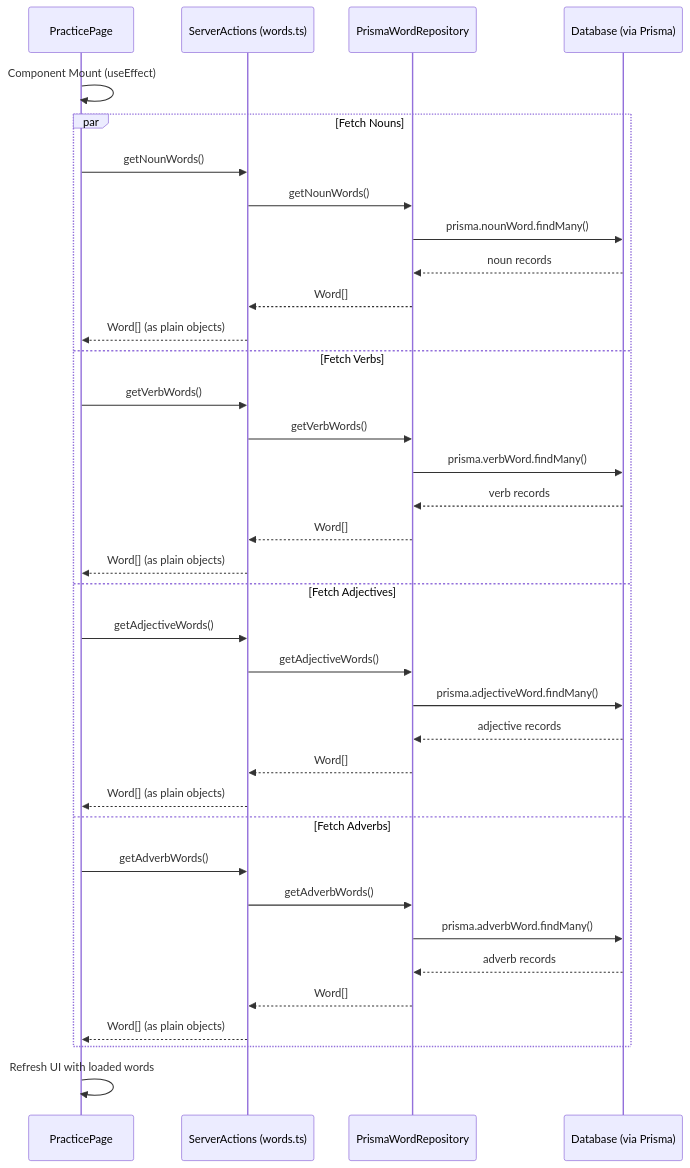
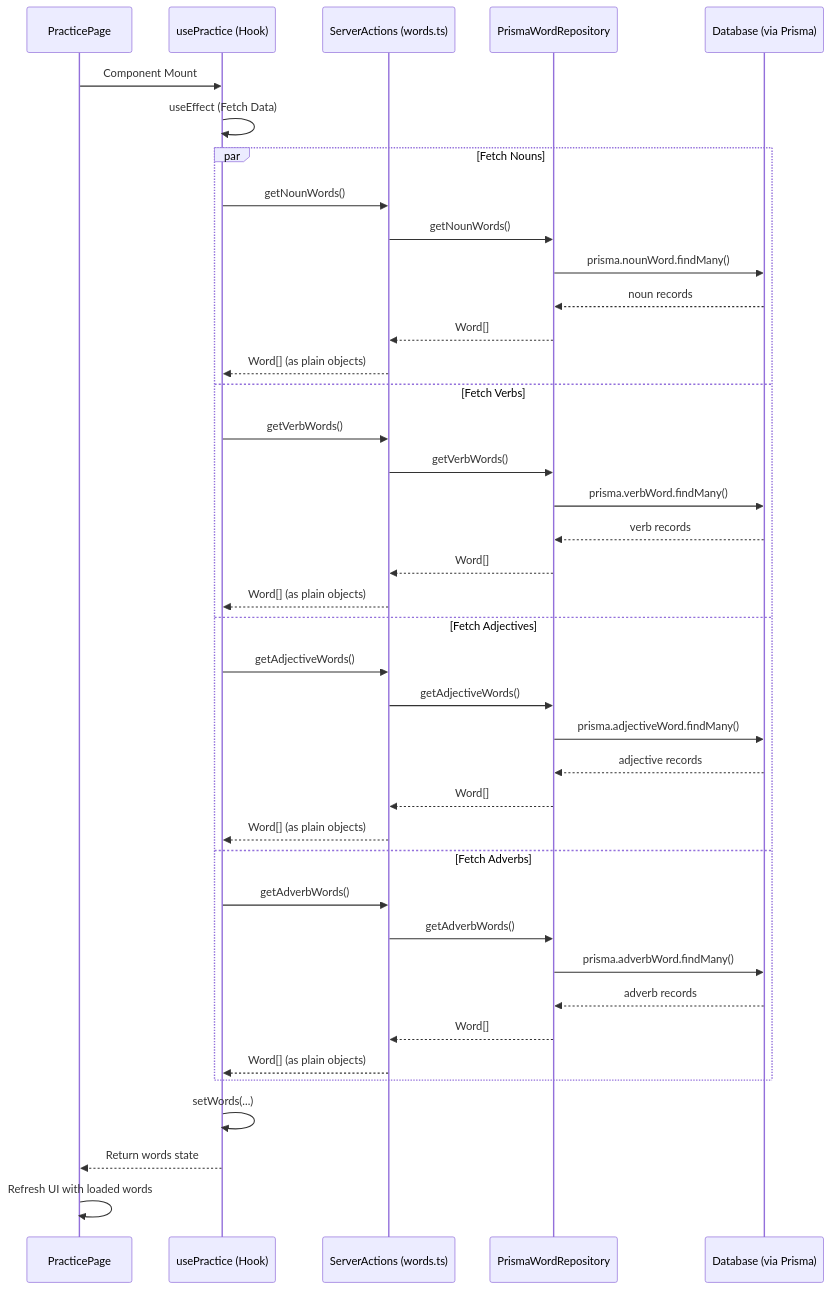
Before and after one commit to kayamak/grid9-english: the diagram in docs/sequence-diagrams/practices/fetchInitialData.md, drawn with Mermaid. The commit also changed 3 other files, not shown here.

Commit message:
シーケンス図反映

````diff
--- a/docs/sequence-diagrams/practices/fetchInitialData.md
+++ b/docs/sequence-diagrams/practices/fetchInitialData.md
@@ -3,41 +3,45 @@
 ```mermaid
 sequenceDiagram
     participant Page as PracticePage
+    participant Hook as usePractice (Hook)
     participant Action as ServerActions (words.ts)
     participant Repo as PrismaWordRepository
     participant DB as Database (via Prisma)
 
-    Page->>Page: Component Mount (useEffect)
+    Page->>Hook: Component Mount
+    Hook->>Hook: useEffect (Fetch Data)
     
     par Fetch Nouns
-        Page->>Action: getNounWords()
+        Hook->>Action: getNounWords()
         Action->>Repo: getNounWords()
         Repo->>DB: prisma.nounWord.findMany()
         DB-->>Repo: noun records
         Repo-->>Action: Word[]
-        Action-->>Page: Word[] (as plain objects)
+        Action-->>Hook: Word[] (as plain objects)
     and Fetch Verbs
-        Page->>Action: getVerbWords()
+        Hook->>Action: getVerbWords()
         Action->>Repo: getVerbWords()
         Repo->>DB: prisma.verbWord.findMany()
         DB-->>Repo: verb records
         Repo-->>Action: Word[]
-        Action-->>Page: Word[] (as plain objects)
+        Action-->>Hook: Word[] (as plain objects)
     and Fetch Adjectives
-        Page->>Action: getAdjectiveWords()
+        Hook->>Action: getAdjectiveWords()
         Action->>Repo: getAdjectiveWords()
         Repo->>DB: prisma.adjectiveWord.findMany()
         DB-->>Repo: adjective records
         Repo-->>Action: Word[]
-        Action-->>Page: Word[] (as plain objects)
+        Action-->>Hook: Word[] (as plain objects)
     and Fetch Adverbs
-        Page->>Action: getAdverbWords()
+        Hook->>Action: getAdverbWords()
         Action->>Repo: getAdverbWords()
         Repo->>DB: prisma.adverbWord.findMany()
         DB-->>Repo: adverb records
         Repo-->>Action: Word[]
-        Action-->>Page: Word[] (as plain objects)
+        Action-->>Hook: Word[] (as plain objects)
     end
 
+    Hook->>Hook: setWords(...)
+    Hook-->>Page: Return words state
     Page->>Page: Refresh UI with loaded words
 ```
````
